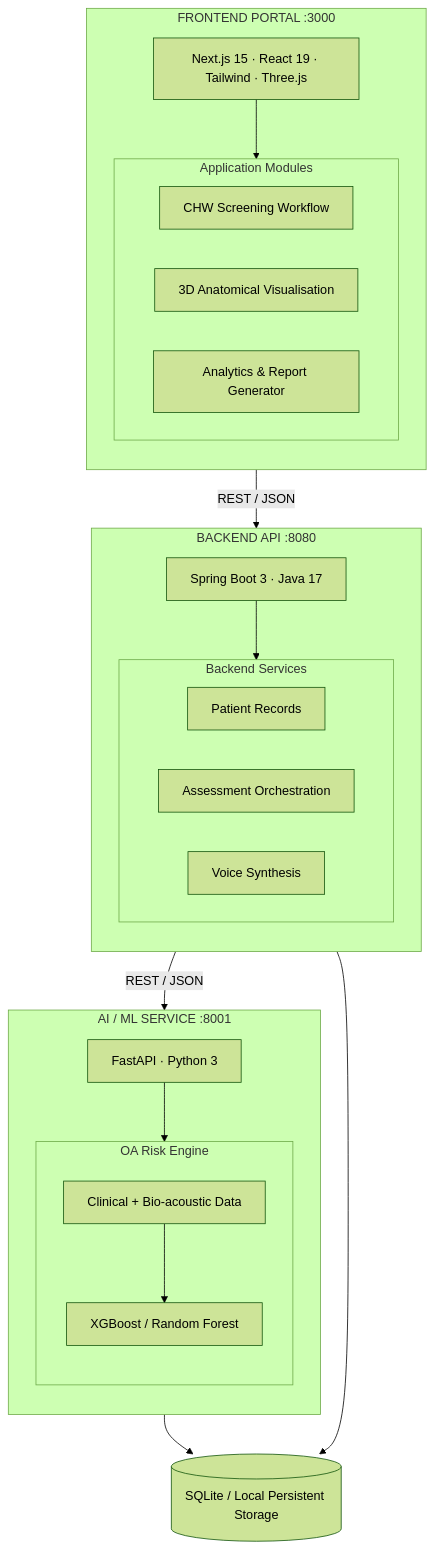
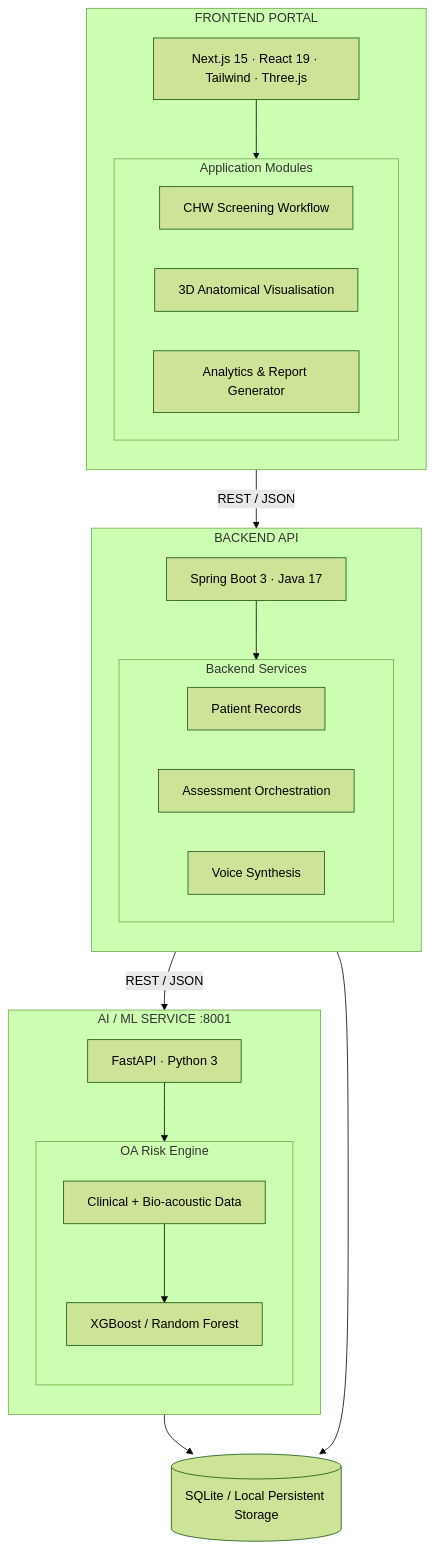
Before and after one commit to Ha1AY3/OsteoSense: the first of 3 diagrams in README.md, drawn with Mermaid (forest theme). The commit also changed other lines of this file, not shown here.

````diff
--- a/README.md
+++ b/README.md
@@ -62,56 +60,56 @@
 ```mermaid
 flowchart TB
 
-    subgraph FE["FRONTEND PORTAL :3000"]
+    subgraph FE["FRONTEND PORTAL"]
         direction TB
 
         FSTACK["Next.js 15 · React 19 · Tailwind · Three.js"]
 
         subgraph FM["Application Modules"]
             direction LR
             SCREEN["CHW Screening Workflow"]
             VIZ["3D Anatomical Visualisation"]
             ANALYTICS["Analytics & Report Generator"]
         end
 
         FSTACK --> FM
     end
 
-    subgraph BE["BACKEND API :8080"]
+    subgraph BE["BACKEND API"]
         direction TB
 
         BSTACK["Spring Boot 3 · Java 17"]
 
         subgraph BM["Backend Services"]
             direction LR
             PATIENT["Patient Records"]
             ASSESS["Assessment Orchestration"]
             VOICE["Voice Synthesis"]
         end
 
         BSTACK --> BM
     end
 
     subgraph AI["AI / ML SERVICE :8001"]
         direction TB
 
         ASTACK["FastAPI · Python 3"]
 
         subgraph RISK["OA Risk Engine"]
             direction TB
             DATA["Clinical + Bio-acoustic Data"]
             MODEL["XGBoost / Random Forest"]
 
             DATA --> MODEL
         end
 
         ASTACK --> RISK
     end
 
     DB[("SQLite / Local Persistent Storage")]
 
     FM -->|"REST / JSON"| BM
     ASSESS -->|"REST / JSON"| AI
     BM --> DB
     AI --> DB
 ```
````
